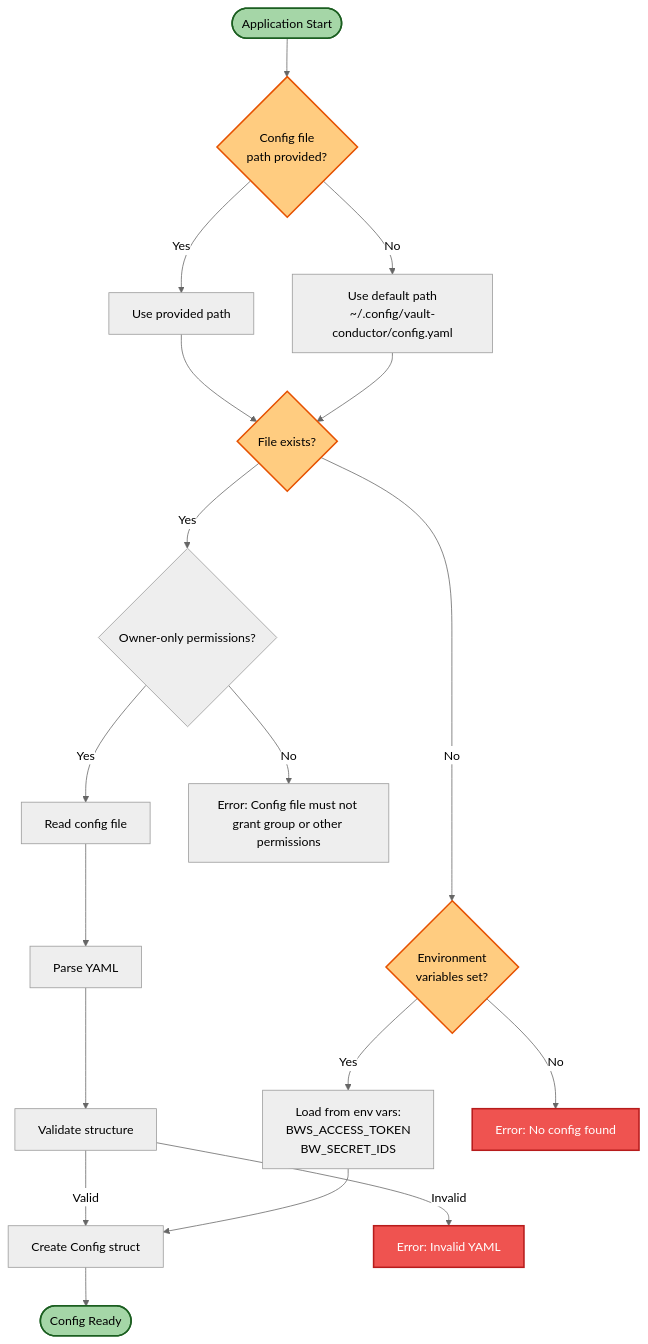
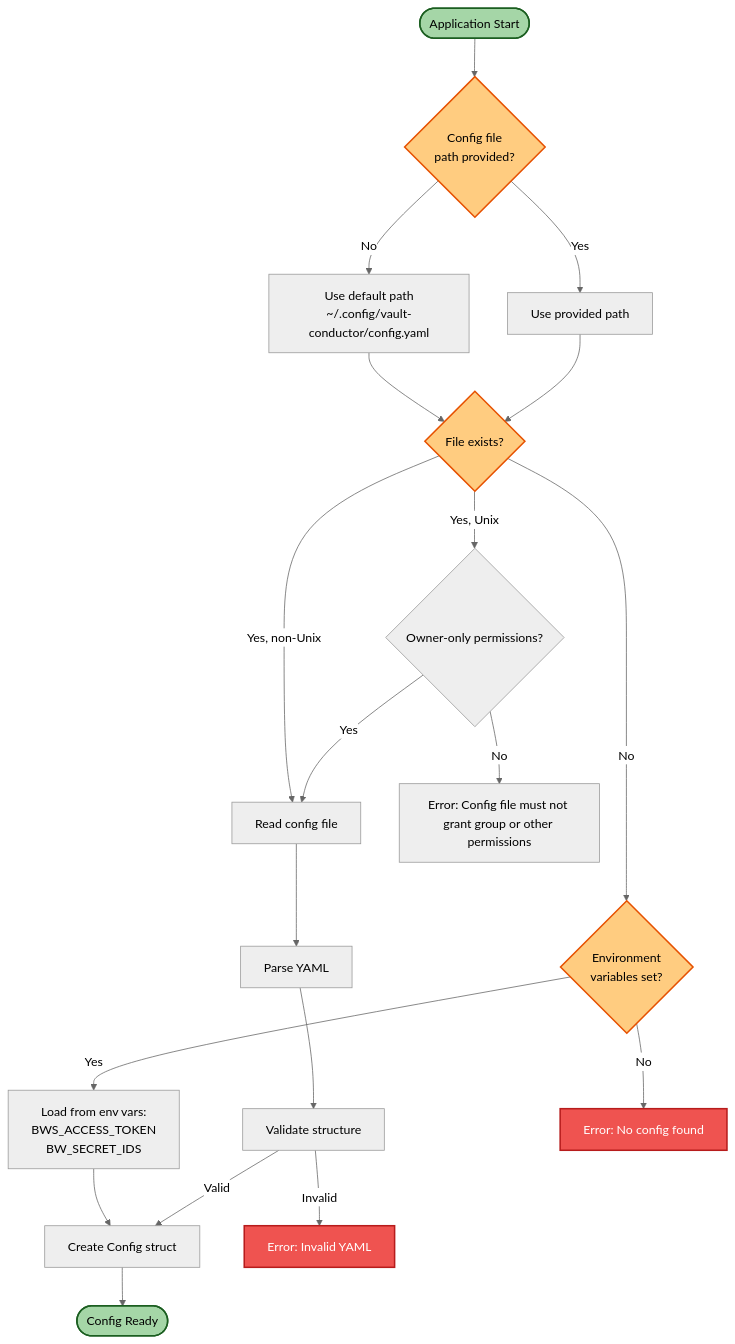
Before and after one commit to pirafrank/vault-conductor: the diagram in docs/CONFIG_LOAD.md, drawn with Mermaid (neutral theme). The commit also changed 3 other files, not shown here.

````diff
--- a/docs/CONFIG_LOAD.md
+++ b/docs/CONFIG_LOAD.md
@@ -5,38 +5,39 @@
 ```mermaid
 flowchart TD
     Start([Application Start])
 
     Start --> CheckConfigPath{Config file<br/>path provided?}
 
     CheckConfigPath -->|Yes| UseProvided[Use provided path]
     CheckConfigPath -->|No| UseDefault[Use default path<br/>~/.config/vault-conductor/config.yaml]
 
     UseProvided --> FileExists{File exists?}
     UseDefault --> FileExists
 
-    FileExists -->|Yes| CheckPermissions{Owner-only permissions?}
+    FileExists -->|Yes, Unix| CheckPermissions{Owner-only permissions?}
     CheckPermissions -->|Yes| ReadFile[Read config file]
     CheckPermissions -->|No| Error3[Error: Config file must not grant group or other permissions]
+    FileExists -->|Yes, non-Unix| ReadFile
     FileExists -->|No| CheckEnv{Environment<br/>variables set?}
 
     ReadFile --> ParseYAML[Parse YAML]
     ParseYAML --> Validate[Validate structure]
 
     CheckEnv -->|Yes| LoadEnv[Load from env vars:<br/>BWS_ACCESS_TOKEN<br/>BW_SECRET_IDS]
     CheckEnv -->|No| Error1[Error: No config found]
 
     Validate -->|Valid| CreateConfig[Create Config struct]
     Validate -->|Invalid| Error2[Error: Invalid YAML]
 
     LoadEnv --> CreateConfig
 
     CreateConfig --> ConfigReady([Config Ready])
 
     style Start fill:#a5d6a7,stroke:#1b5e20,stroke-width:2px,color:#000
     style ConfigReady fill:#a5d6a7,stroke:#1b5e20,stroke-width:2px,color:#000
     style Error1 fill:#ef5350,stroke:#b71c1c,stroke-width:2px,color:#fff
     style Error2 fill:#ef5350,stroke:#b71c1c,stroke-width:2px,color:#fff
     style CheckConfigPath fill:#ffcc80,stroke:#e65100,stroke-width:2px,color:#000
     style FileExists fill:#ffcc80,stroke:#e65100,stroke-width:2px,color:#000
     style CheckEnv fill:#ffcc80,stroke:#e65100,stroke-width:2px,color:#000
 ```
````
